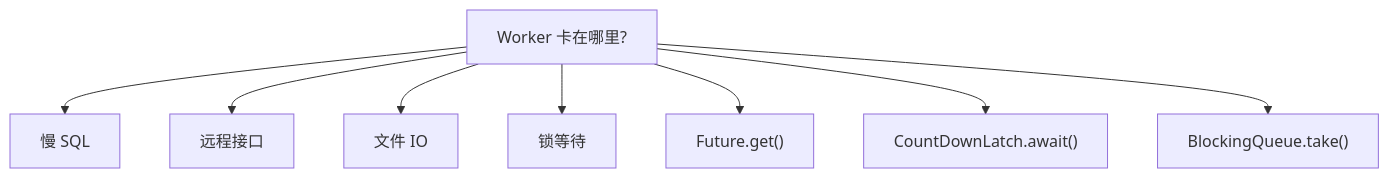
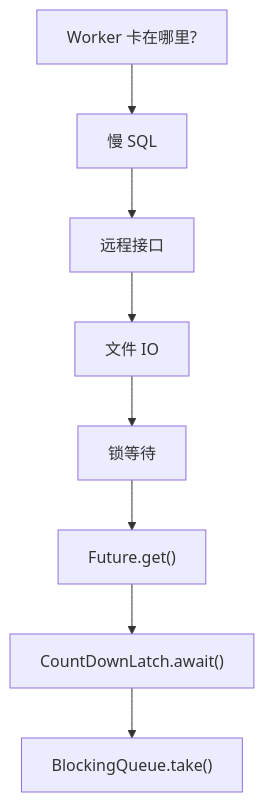
Before and after one commit to rebibabo/rebibabo.github.io: diagram 11 of 11 in source/_posts/concurrency/27-死锁、活锁与线程饥饿是如何发生的.md, drawn with Mermaid.

Commit message:
vault backup: 2026-07-07 10:15:06

````diff
--- a/source/_posts/concurrency/27-死锁、活锁与线程饥饿是如何发生的.md
+++ b/source/_posts/concurrency/27-死锁、活锁与线程饥饿是如何发生的.md
@@ -712,10 +712,10 @@
 ```mermaid
 flowchart TD
     A["Worker 卡在哪里?"] --> B["慢 SQL"]
-    A --> C["远程接口"]
-    A --> D["文件 IO"]
-    A --> E["锁等待"]
-    A --> F["Future.get()"]
-    A --> G["CountDownLatch.await()"]
-    A --> H["BlockingQueue.take()"]
+    B --> C["远程接口"]
+    C --> D["文件 IO"]
+    D --> E["锁等待"]
+    E --> F["Future.get()"]
+    F --> G["CountDownLatch.await()"]
+    G --> H["BlockingQueue.take()"]
 ```
````
